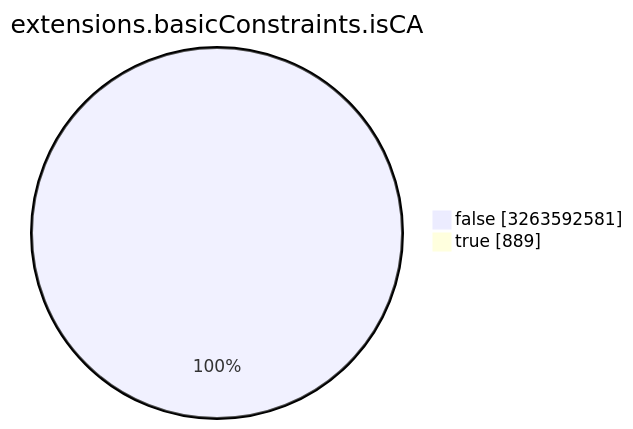
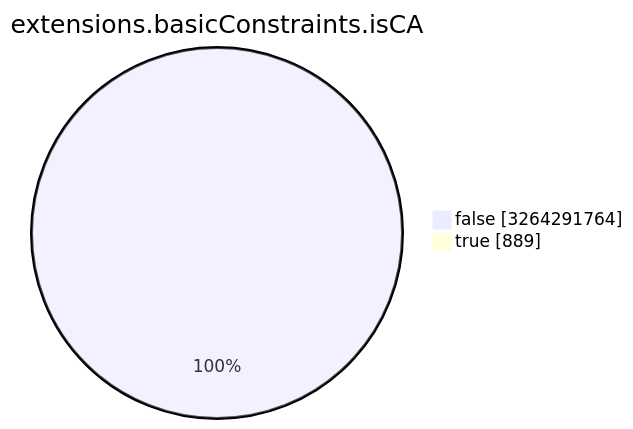
The seventh of 15 diagrams in TOTAL/README.md (christiankrug/ctmonitor_visualization), drawn with Mermaid before and after one commit. The commit also changed other lines of this file, not shown here.

````diff
--- a/TOTAL/README.md
+++ b/TOTAL/README.md
@@ -3089,6 +3089,6 @@
 ```mermaid
 pie showData
 title extensions.basicConstraints.isCA
-"false" :3263592581
+"false" :3264291764
 "true" :889
 ```
````
